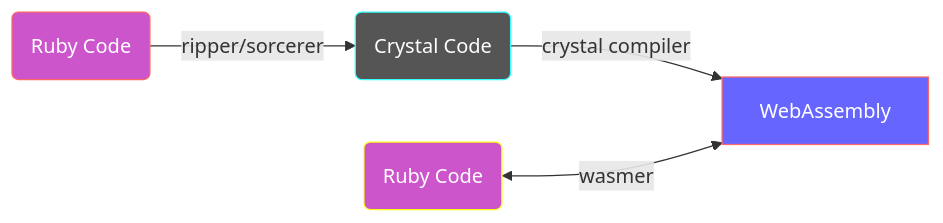
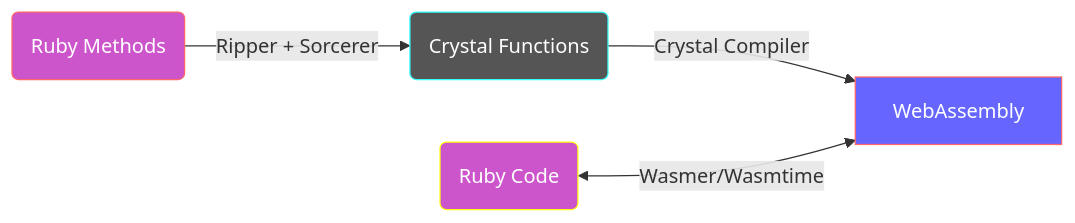
One commit to kojix2/cry-wasm changed the diagram in README.md. Above: the diagram before and after it, drawn with Mermaid.

````diff
--- a/README.md
+++ b/README.md
@@ -52,9 +52,9 @@
 ```mermaid
 flowchart LR
 style id1 fill:#c5c,stroke:#f66,stroke-width:1px,color:#fff
 style id2 fill:#555,stroke:#3ff,stroke-width:1px,color:#fff
 style id3 fill:#66f,stroke:#f66,stroke-width:1px,color:#fff
 style id4 fill:#c5c,stroke:#ff1,stroke-width:1px,color:#fff
-    id1(Ruby Code) -- ripper/sorcerer --> id2(Crystal Code) -- crystal compiler --> id3[WebAssembly]
-    id4(Ruby Code) <-- wasmer --> id3[WebAssembly]
+    id1(Ruby Methods) -- Ripper + Sorcerer --> id2(Crystal Functions) -- Crystal Compiler --> id3[WebAssembly]
+    id4(Ruby Code) <-- Wasmer/Wasmtime --> id3[WebAssembly]
 ```
````
